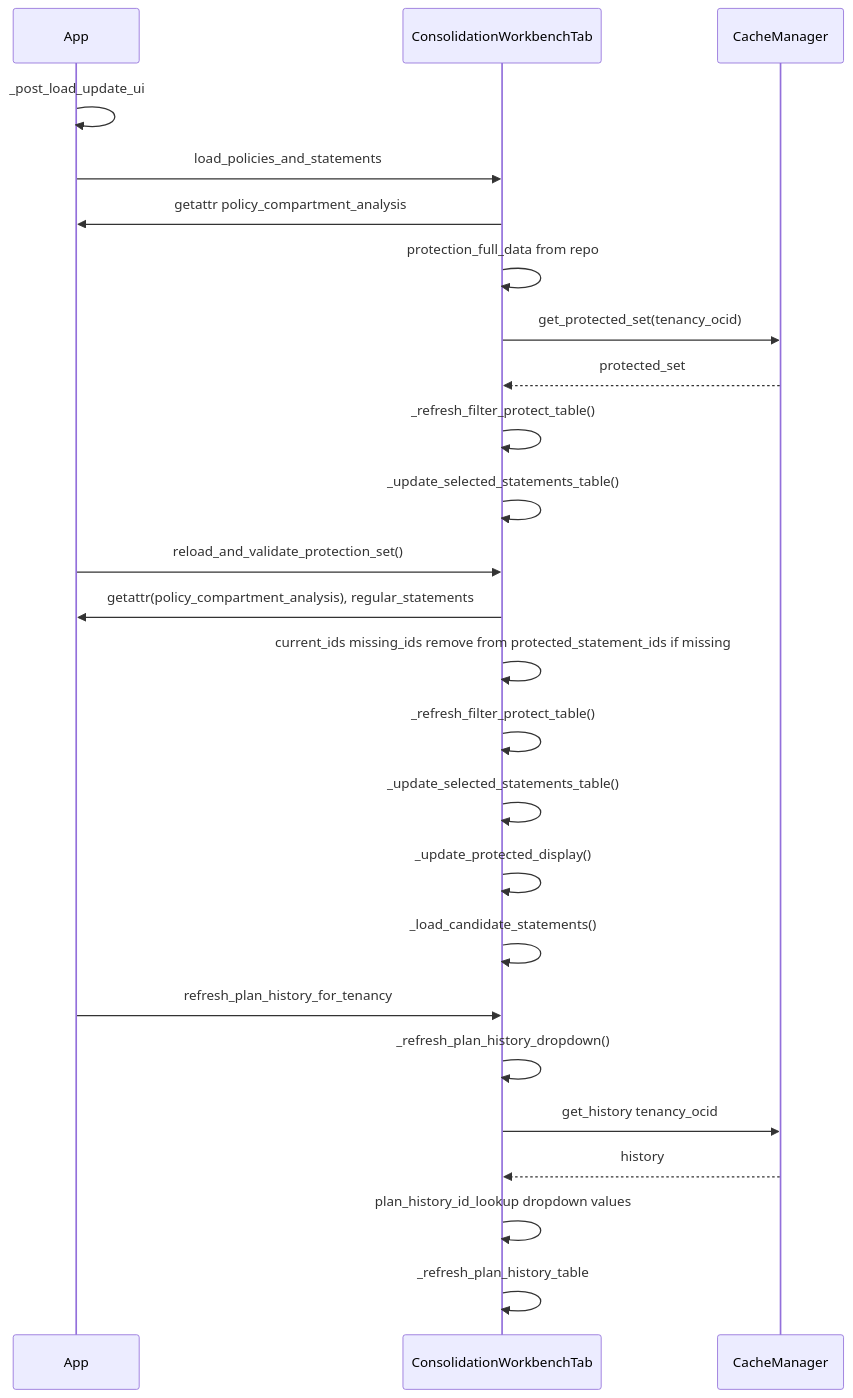
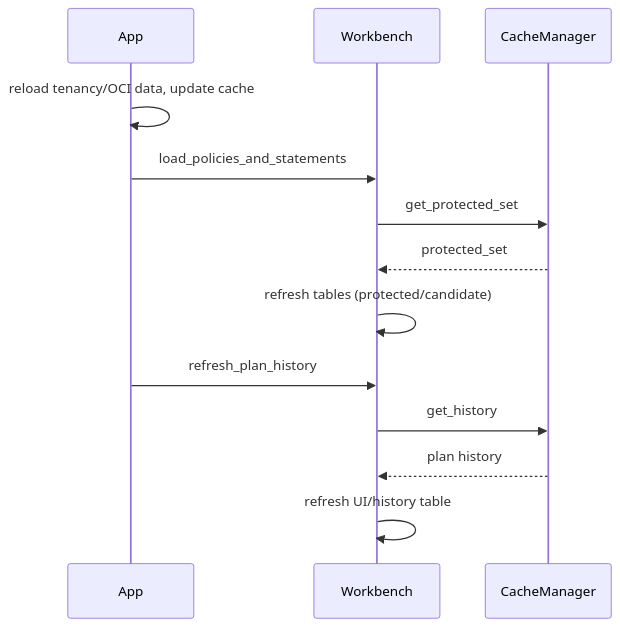
Before and after one commit to agregory999/oci-policy-analysis: the tenth of 12 diagrams in docs/context/project/CONTEXT_policy_consolidation.md, drawn with Mermaid. The commit also changed other lines of this file and 24 other files, not shown here.

````diff
--- a/docs/context/project/CONTEXT_policy_consolidation.md
+++ b/docs/context/project/CONTEXT_policy_consolidation.md
@@ -262,30 +401,16 @@
 ```mermaid
 sequenceDiagram
     participant App
-    participant Workbench as ConsolidationWorkbenchTab
+    participant Workbench
     participant Cache as CacheManager
 
-    App->>App: _post_load_update_ui
+    App->>App: reload tenancy/OCI data, update cache
     App->>Workbench: load_policies_and_statements
-    Workbench->>App: getattr policy_compartment_analysis
-    Workbench->>Workbench: protection_full_data from repo
-    Workbench->>Cache: get_protected_set(tenancy_ocid)
+    Workbench->>Cache: get_protected_set
     Cache-->>Workbench: protected_set
-    Workbench->>Workbench: _refresh_filter_protect_table()
-    Workbench->>Workbench: _update_selected_statements_table()
-
-    App->>Workbench: reload_and_validate_protection_set()
-    Workbench->>App: getattr(policy_compartment_analysis), regular_statements
-    Workbench->>Workbench: current_ids missing_ids remove from protected_statement_ids if missing
-    Workbench->>Workbench: _refresh_filter_protect_table()
-    Workbench->>Workbench: _update_selected_statements_table()
-    Workbench->>Workbench: _update_protected_display()
-    Workbench->>Workbench: _load_candidate_statements()
-
-    App->>Workbench: refresh_plan_history_for_tenancy
-    Workbench->>Workbench: _refresh_plan_history_dropdown()
-    Workbench->>Cache: get_history tenancy_ocid
-    Cache-->>Workbench: history
-    Workbench->>Workbench: plan_history_id_lookup dropdown values
-    Workbench->>Workbench: _refresh_plan_history_table
+    Workbench->>Workbench: refresh tables (protected/candidate)
+    App->>Workbench: refresh_plan_history
+    Workbench->>Cache: get_history
+    Cache-->>Workbench: plan history
+    Workbench->>Workbench: refresh UI/history table
 ```
````
